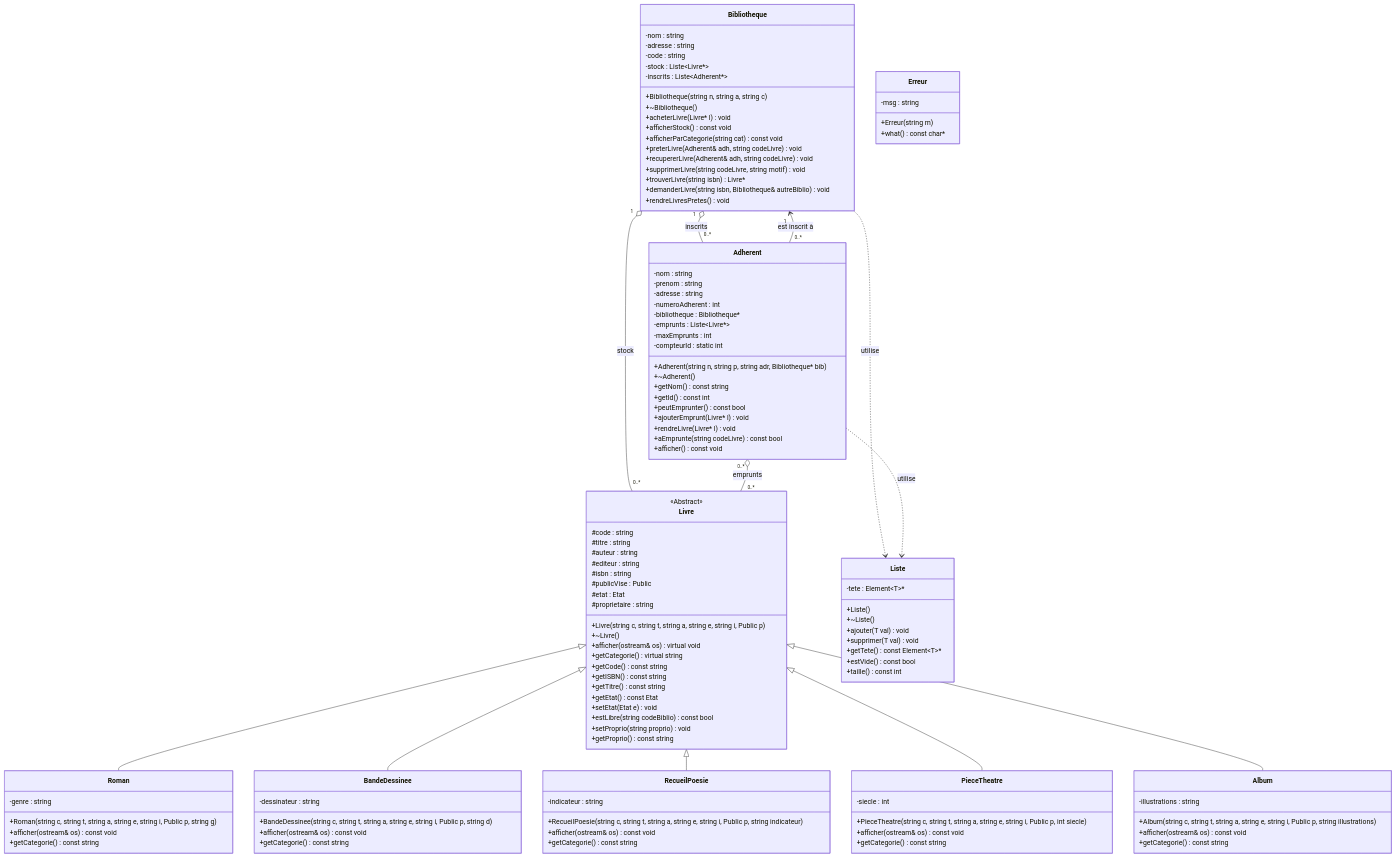
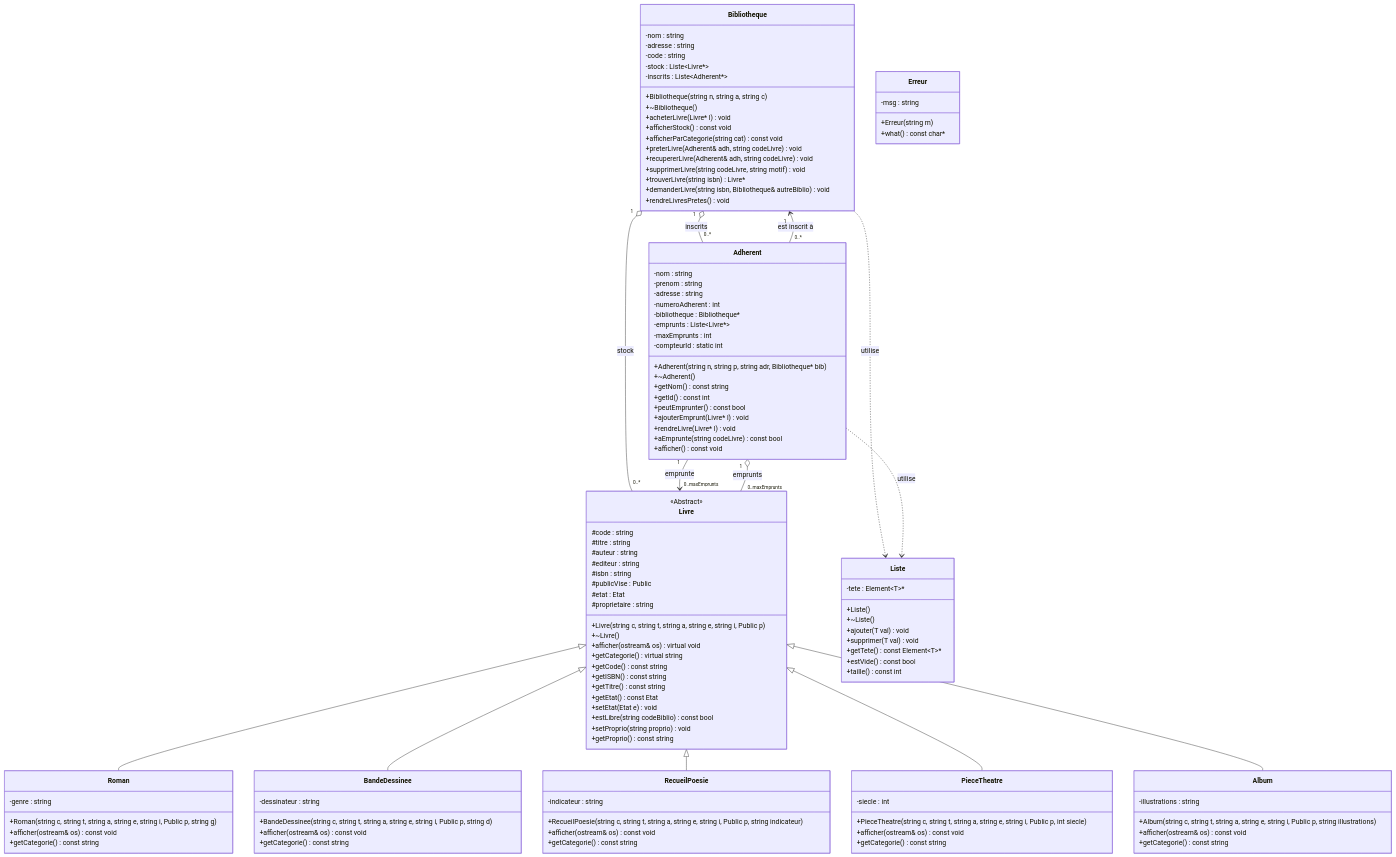
One commit to gui2L/ECM_2A_ProgrammationObjet changed the diagram in projet_cpp/diagramme.md. Above: the diagram before and after it, drawn with Mermaid.

Commit message:
feat: update UML diagram

```diff
--- a/projet_cpp/diagramme.md
+++ b/projet_cpp/diagramme.md
@@ -4,7 +4,8 @@
     Bibliotheque "1" o-- "0..*" Adherent : inscrits
     Bibliotheque "1" o-- "0..*" Livre : stock
     Adherent "0..*" --> "1" Bibliotheque : est inscrit à
-    Adherent "0..*" o-- "0..*" Livre : emprunts
+    Adherent "1" --> "0..maxEmprunts" Livre : emprunte
+    Adherent "1" o-- "0..maxEmprunts" Livre : emprunts
     
     %% Dépendances vers la classe Template
     Bibliotheque ..> Liste : utilise
```
